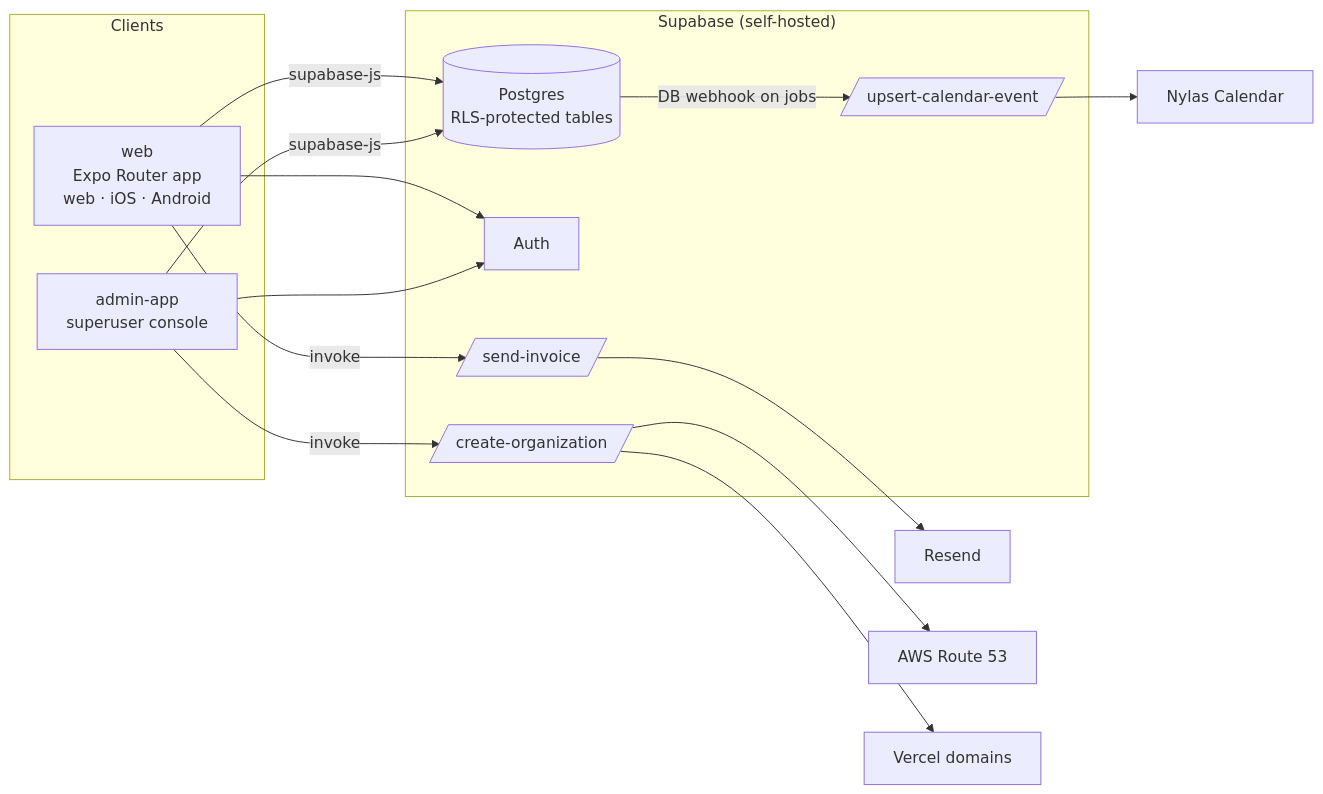
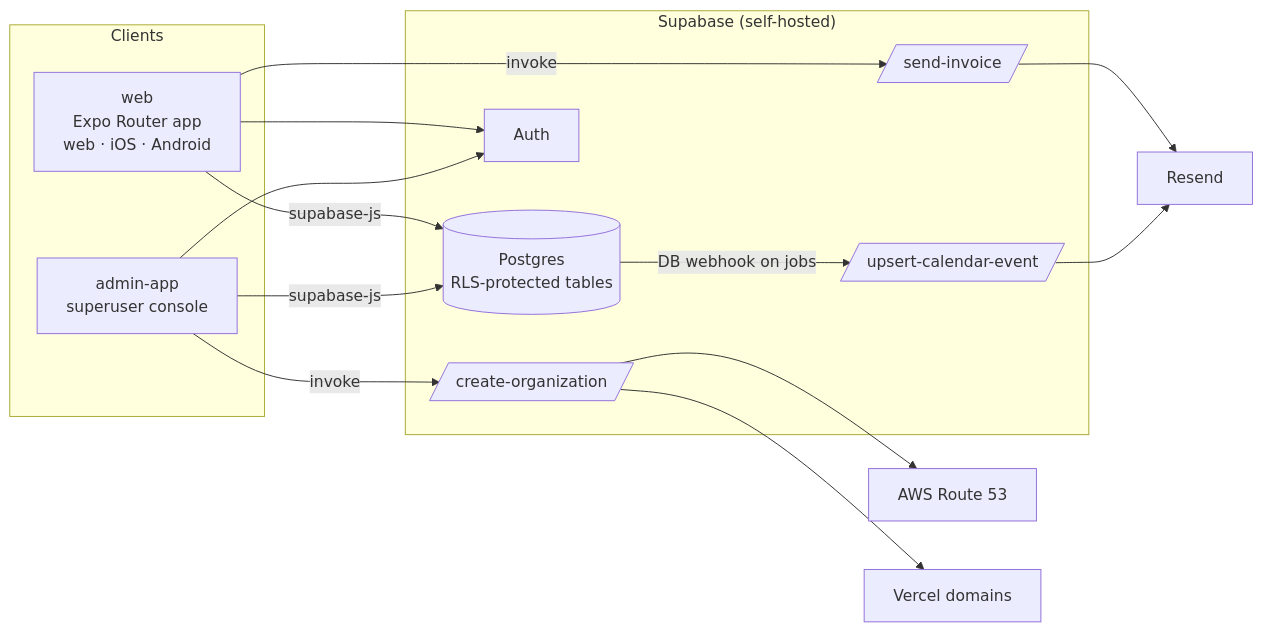
Before and after one commit to HandyTally-Org/HandyTally: the diagram in README.md, drawn with Mermaid. The commit also changed other lines of this file and 9 other files, not shown here.

First line of the commit message:
HT-1: Send calendar invites as .ics through Resend instead of Nylas

````diff
--- a/README.md
+++ b/README.md
@@ -44,28 +44,28 @@
 ```mermaid
 flowchart LR
   subgraph Clients
     W[web<br/>Expo Router app<br/>web · iOS · Android]
     A[admin-app<br/>superuser console]
   end
 
   subgraph Supabase["Supabase (self-hosted)"]
     PG[(Postgres<br/>RLS-protected tables)]
     AUTH[Auth]
     F1[/send-invoice/]
     F2[/upsert-calendar-event/]
     F3[/create-organization/]
   end
 
   W -->|supabase-js| PG
   W --> AUTH
   A -->|supabase-js| PG
   A --> AUTH
   W -->|invoke| F1
   A -->|invoke| F3
   PG -->|DB webhook on jobs| F2
 
   F1 --> RESEND[Resend]
-  F2 --> NYLAS[Nylas Calendar]
+  F2 --> RESEND
   F3 --> R53[AWS Route 53]
   F3 --> VERCEL[Vercel domains]
 ```
````
